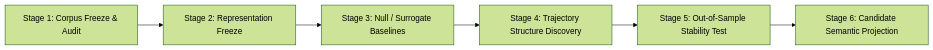
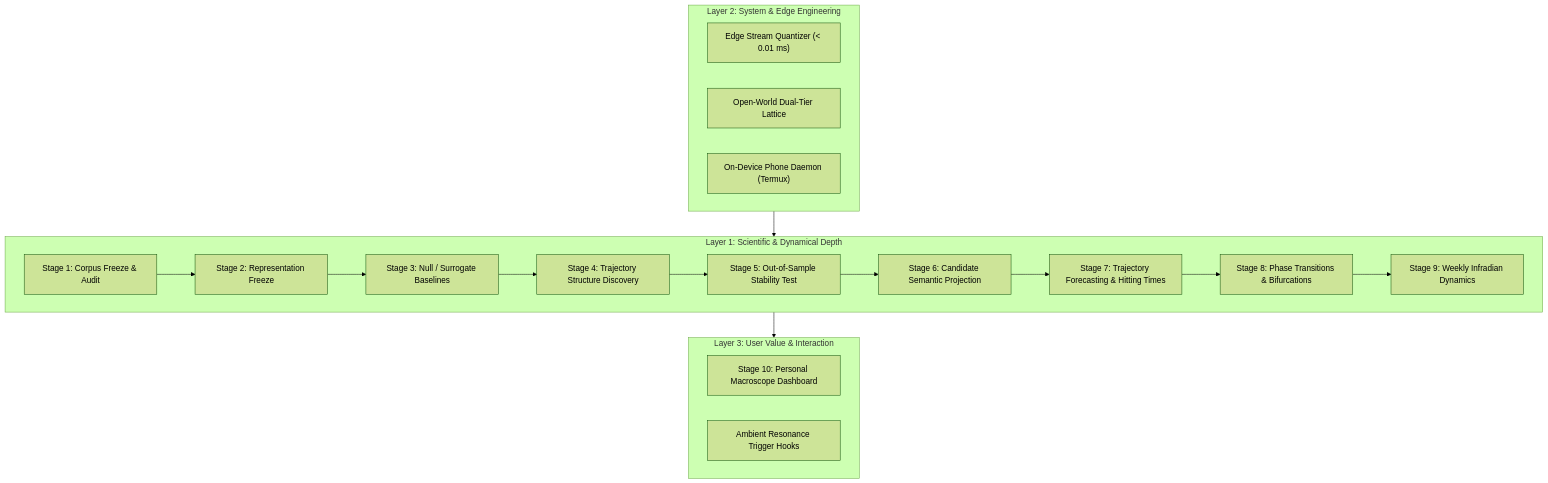
One commit to haeliotang/traceweave changed the diagram in README.md. Above: the diagram before and after it, drawn with Mermaid (forest theme). The commit also changed other lines of this file and 38 other files, not shown here.

First line of the commit message:
feat(expansion): implement 3-layer deep architecture and 10-stage closed loop

````diff
--- a/README.md
+++ b/README.md
@@ -41,8 +44,27 @@
 ```mermaid
-flowchart LR
-    S1["Stage 1: Corpus Freeze & Audit"] --> S2["Stage 2: Representation Freeze"]
-    S2 --> S3["Stage 3: Null / Surrogate Baselines"]
-    S3 --> S4["Stage 4: Trajectory Structure Discovery"]
-    S4 --> S5["Stage 5: Out-of-Sample Stability Test"]
-    S5 --> S6["Stage 6: Candidate Semantic Projection"]
+flowchart TD
+    subgraph Layer2["Layer 2: System & Edge Engineering"]
+        E1["Edge Stream Quantizer (< 0.01 ms)"]
+        E2["Open-World Dual-Tier Lattice"]
+        E3["On-Device Phone Daemon (Termux)"]
+    end
+
+    subgraph Layer1["Layer 1: Scientific & Dynamical Depth"]
+        S1["Stage 1: Corpus Freeze & Audit"] --> S2["Stage 2: Representation Freeze"]
+        S2 --> S3["Stage 3: Null / Surrogate Baselines"]
+        S3 --> S4["Stage 4: Trajectory Structure Discovery"]
+        S4 --> S5["Stage 5: Out-of-Sample Stability Test"]
+        S5 --> S6["Stage 6: Candidate Semantic Projection"]
+        S6 --> S7["Stage 7: Trajectory Forecasting & Hitting Times"]
+        S7 --> S8["Stage 8: Phase Transitions & Bifurcations"]
+        S8 --> S9["Stage 9: Weekly Infradian Dynamics"]
+    end
+
+    subgraph Layer3["Layer 3: User Value & Interaction"]
+        UI["Stage 10: Personal Macroscope Dashboard"]
+        RES["Ambient Resonance Trigger Hooks"]
+    end
+
+    Layer2 --> Layer1
+    Layer1 --> Layer3
 ```
````
